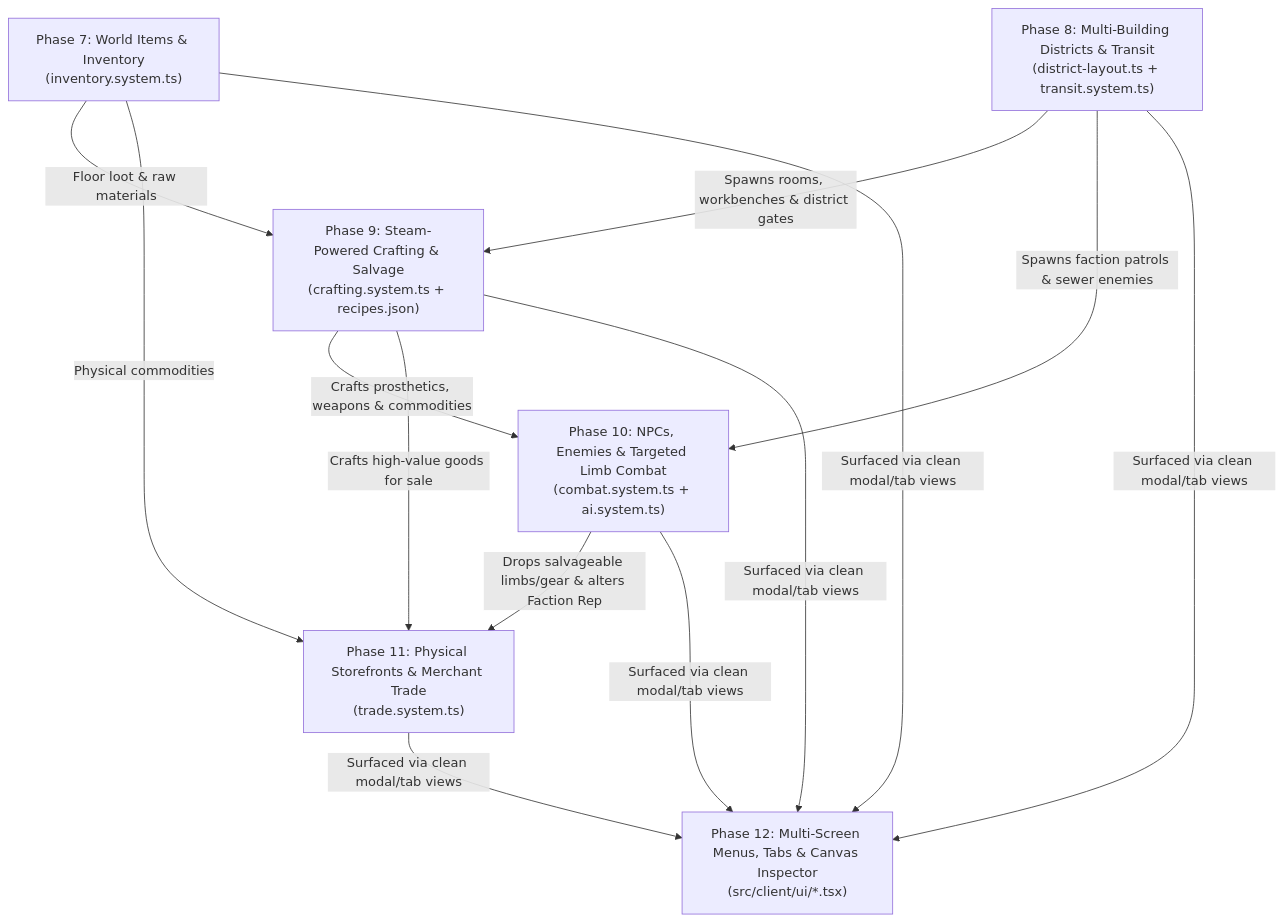
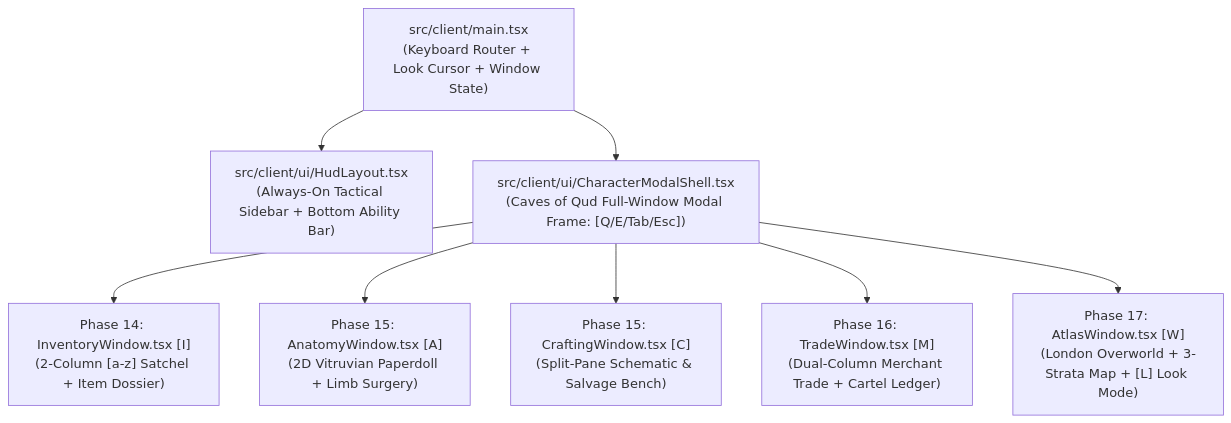
One commit to AdaSibelius/aether-and-soot changed the diagram in ROADMAP.md. Above: the diagram before and after it, drawn with Mermaid. The commit also changed other lines of this file and 6 other files, not shown here.

Commit message:
feat(ui): implement Phase 13 Caves of Qud modal window shell and tactical sidebar (#18)

````diff
--- a/ROADMAP.md
+++ b/ROADMAP.md
@@ -24,18 +27,20 @@
 ```mermaid
 flowchart TD
-    P7["Phase 7: World Items & Inventory\n(inventory.system.ts)"]
-    P8["Phase 8: Multi-Building Districts & Transit\n(district-layout.ts + transit.system.ts)"]
-    P9["Phase 9: Steam-Powered Crafting & Salvage\n(crafting.system.ts + recipes.json)"]
-    P10["Phase 10: NPCs, Enemies & Targeted Limb Combat\n(combat.system.ts + ai.system.ts)"]
-    P11["Phase 11: Physical Storefronts & Merchant Trade\n(trade.system.ts)"]
-    P12["Phase 12: Multi-Screen Menus, Tabs & Canvas Inspector\n(src/client/ui/*.tsx)"]
+    Main["src/client/main.tsx\n(Keyboard Router + Look Cursor + Window State)"]
+    Hud["src/client/ui/HudLayout.tsx\n(Always-On Tactical Sidebar + Bottom Ability Bar)"]
+    Shell["src/client/ui/CharacterModalShell.tsx\n(Caves of Qud Full-Window Modal Frame: [Q/E/Tab/Esc])"]
 
-    P7 -->|"Floor loot & raw materials"| P9
-    P7 -->|"Physical commodities"| P11
-    P8 -->|"Spawns rooms, workbenches & district gates"| P9
-    P8 -->|"Spawns faction patrols & sewer enemies"| P10
-    P9 -->|"Crafts prosthetics, weapons & commodities"| P10
-    P9 -->|"Crafts high-value goods for sale"| P11
-    P10 -->|"Drops salvageable limbs/gear & alters Faction Rep"| P11
-    P7 & P8 & P9 & P10 & P11 -->|"Surfaced via clean modal/tab views"| P12
+    P14["Phase 14: InventoryWindow.tsx [I]\n(2-Column [a-z] Satchel + Item Dossier)"]
+    P15A["Phase 15: AnatomyWindow.tsx [A]\n(2D Vitruvian Paperdoll + Limb Surgery)"]
+    P15B["Phase 15: CraftingWindow.tsx [C]\n(Split-Pane Schematic & Salvage Bench)"]
+    P16["Phase 16: TradeWindow.tsx [M]\n(Dual-Column Merchant Trade + Cartel Ledger)"]
+    P17["Phase 17: AtlasWindow.tsx [W]\n(London Overworld + 3-Strata Map + [L] Look Mode)"]
+
+    Main --> Hud
+    Main --> Shell
+    Shell --> P14
+    Shell --> P15A
+    Shell --> P15B
+    Shell --> P16
+    Shell --> P17
 ```
````
